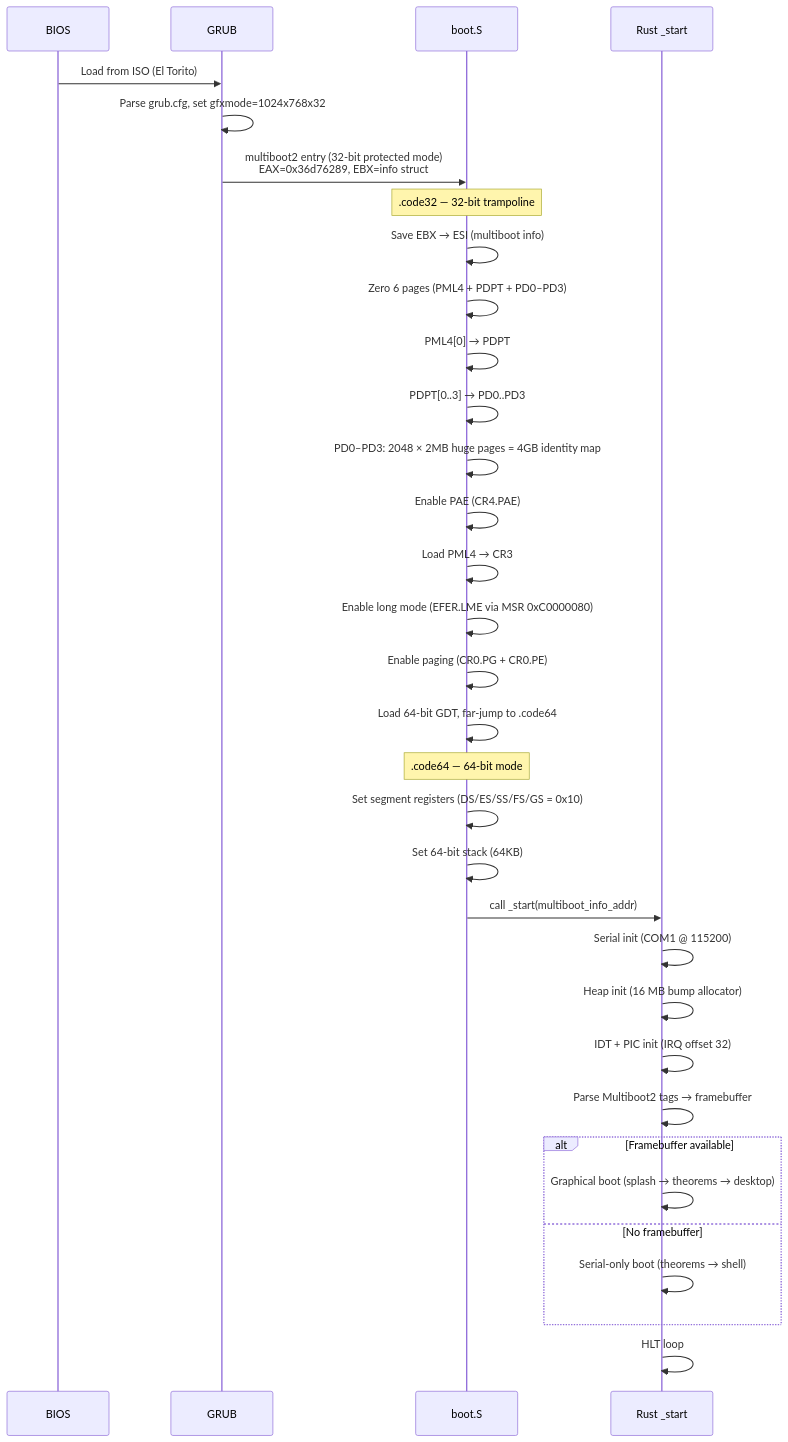
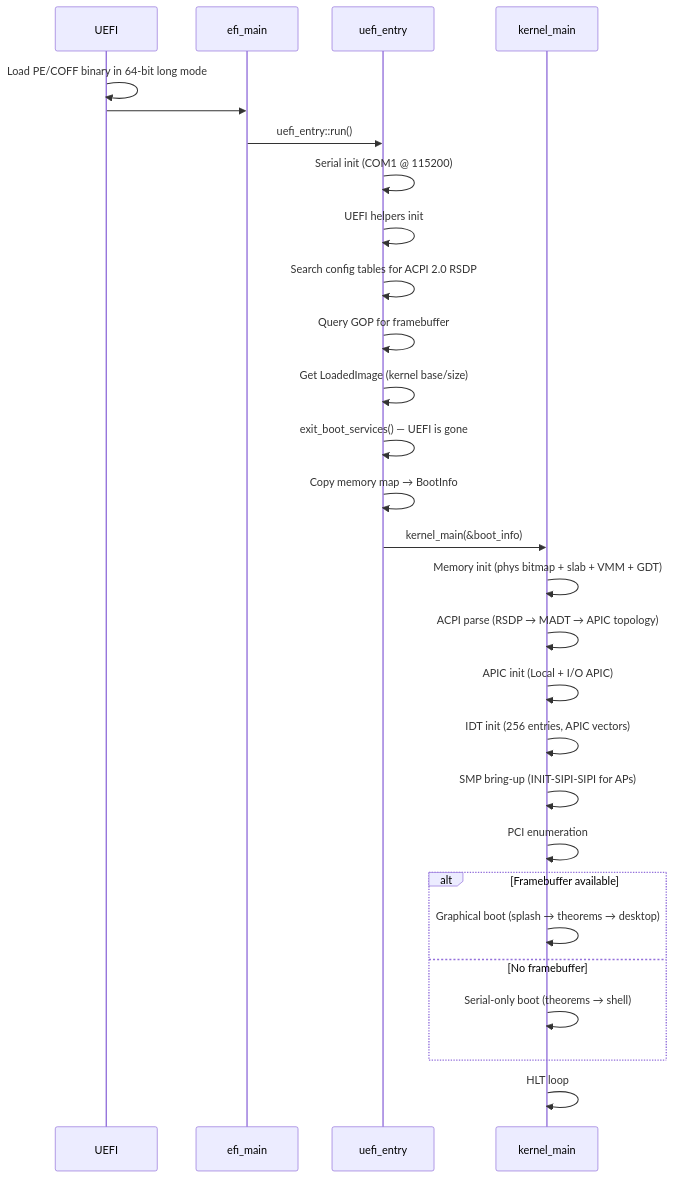
Before and after one commit to teerthsharma/Epsilon-Hollow: the second of 15 diagrams in README.md, drawn with Mermaid. The commit also changed other lines of this file and 21 other files, not shown here.

````diff
--- a/README.md
+++ b/README.md
@@ -149,39 +155,33 @@
 ```mermaid
 sequenceDiagram
-    participant BIOS
-    participant GRUB
-    participant boot.S
-    participant Rust _start
+    participant UEFI
+    participant efi_main
+    participant uefi_entry
+    participant kernel_main
 
-    BIOS->>GRUB: Load from ISO (El Torito)
-    GRUB->>GRUB: Parse grub.cfg, set gfxmode=1024x768x32
-    GRUB->>boot.S: multiboot2 entry (32-bit protected mode)<br/>EAX=0x36d76289, EBX=info struct
+    UEFI->>UEFI: Load PE/COFF binary in 64-bit long mode
+    UEFI->>efi_main: #[entry] fn efi_main() → Status
+    efi_main->>uefi_entry: uefi_entry::run()
 
-    Note over boot.S: .code32 — 32-bit trampoline
-    boot.S->>boot.S: Save EBX → ESI (multiboot info)
-    boot.S->>boot.S: Zero 6 pages (PML4 + PDPT + PD0–PD3)
-    boot.S->>boot.S: PML4[0] → PDPT
-    boot.S->>boot.S: PDPT[0..3] → PD0..PD3
-    boot.S->>boot.S: PD0–PD3: 2048 × 2MB huge pages = 4GB identity map
-    boot.S->>boot.S: Enable PAE (CR4.PAE)
-    boot.S->>boot.S: Load PML4 → CR3
-    boot.S->>boot.S: Enable long mode (EFER.LME via MSR 0xC0000080)
-    boot.S->>boot.S: Enable paging (CR0.PG + CR0.PE)
-    boot.S->>boot.S: Load 64-bit GDT, far-jump to .code64
+    uefi_entry->>uefi_entry: Serial init (COM1 @ 115200)
+    uefi_entry->>uefi_entry: UEFI helpers init
+    uefi_entry->>uefi_entry: Search config tables for ACPI 2.0 RSDP
+    uefi_entry->>uefi_entry: Query GOP for framebuffer
+    uefi_entry->>uefi_entry: Get LoadedImage (kernel base/size)
+    uefi_entry->>uefi_entry: exit_boot_services() — UEFI is gone
+    uefi_entry->>uefi_entry: Copy memory map → BootInfo
 
-    Note over boot.S: .code64 — 64-bit mode
-    boot.S->>boot.S: Set segment registers (DS/ES/SS/FS/GS = 0x10)
-    boot.S->>boot.S: Set 64-bit stack (64KB)
-    boot.S->>Rust _start: call _start(multiboot_info_addr)
-
-    Rust _start->>Rust _start: Serial init (COM1 @ 115200)
-    Rust _start->>Rust _start: Heap init (16 MB bump allocator)
-    Rust _start->>Rust _start: IDT + PIC init (IRQ offset 32)
-    Rust _start->>Rust _start: Parse Multiboot2 tags → framebuffer
+    uefi_entry->>kernel_main: kernel_main(&boot_info)
+    kernel_main->>kernel_main: Memory init (phys bitmap + slab + VMM + GDT)
+    kernel_main->>kernel_main: ACPI parse (RSDP → MADT → APIC topology)
+    kernel_main->>kernel_main: APIC init (Local + I/O APIC)
+    kernel_main->>kernel_main: IDT init (256 entries, APIC vectors)
+    kernel_main->>kernel_main: SMP bring-up (INIT-SIPI-SIPI for APs)
+    kernel_main->>kernel_main: PCI enumeration
     alt Framebuffer available
-        Rust _start->>Rust _start: Graphical boot (splash → theorems → desktop)
+        kernel_main->>kernel_main: Graphical boot (splash → theorems → desktop)
     else No framebuffer
-        Rust _start->>Rust _start: Serial-only boot (theorems → shell)
+        kernel_main->>kernel_main: Serial-only boot (theorems → shell)
     end
-    Rust _start->>Rust _start: HLT loop
+    kernel_main->>kernel_main: HLT loop
 ```
````
